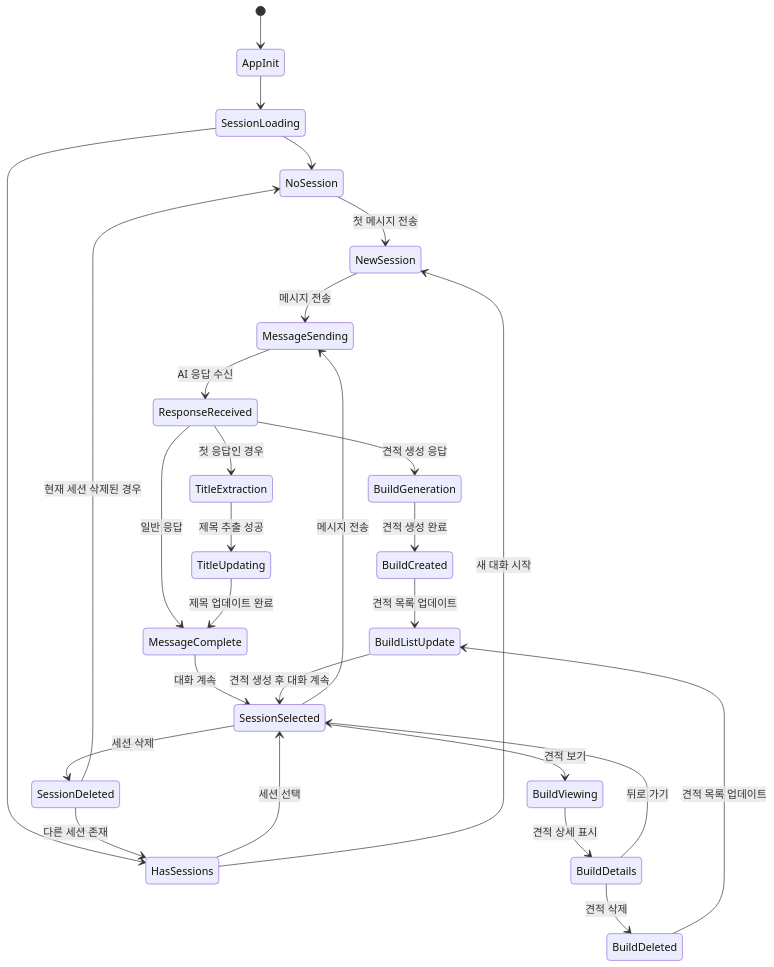
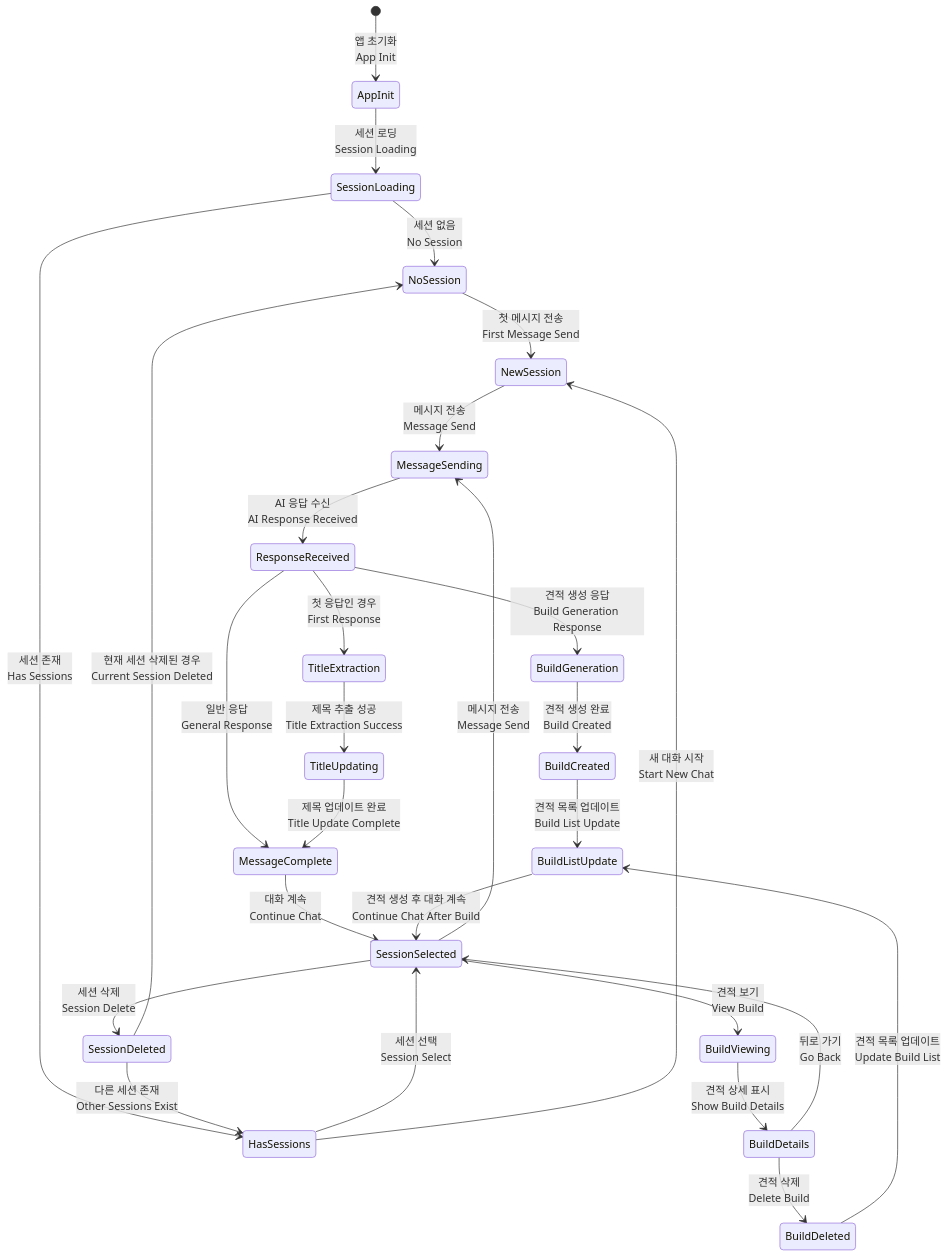
Before and after one commit to p0pular131/askspec-chat-assistant: diagram 13 of 19 in docs/design-specification.md, drawn with Mermaid. The commit also changed other lines of this file and 1 other file, not shown here.

First line of the commit message:
Refactor: Adjust diagram layout for readability

````diff
--- a/docs/design-specification.md
+++ b/docs/design-specification.md
@@ -994,39 +1024,39 @@
 ```mermaid
 stateDiagram-v2
-    [*] --> AppInit
-    AppInit --> SessionLoading
-    SessionLoading --> NoSession
-    SessionLoading --> HasSessions
+    [*] --> AppInit: 앱 초기화<br/>App Init
+    AppInit --> SessionLoading: 세션 로딩<br/>Session Loading
+    SessionLoading --> NoSession: 세션 없음<br/>No Session
+    SessionLoading --> HasSessions: 세션 존재<br/>Has Sessions
     
-    NoSession --> NewSession : 첫 메시지 전송
-    HasSessions --> SessionSelected : 세션 선택
-    HasSessions --> NewSession : 새 대화 시작
+    NoSession --> NewSession : 첫 메시지 전송<br/>First Message Send
+    HasSessions --> SessionSelected : 세션 선택<br/>Session Select
+    HasSessions --> NewSession : 새 대화 시작<br/>Start New Chat
     
-    NewSession --> MessageSending : 메시지 전송
-    SessionSelected --> MessageSending : 메시지 전송
+    NewSession --> MessageSending : 메시지 전송<br/>Message Send
+    SessionSelected --> MessageSending : 메시지 전송<br/>Message Send
     
-    MessageSending --> ResponseReceived : AI 응답 수신
-    ResponseReceived --> BuildGeneration : 견적 생성 응답
-    ResponseReceived --> TitleExtraction : 첫 응답인 경우
-    ResponseReceived --> MessageComplete : 일반 응답
+    MessageSending --> ResponseReceived : AI 응답 수신<br/>AI Response Received
+    ResponseReceived --> BuildGeneration : 견적 생성 응답<br/>Build Generation Response
+    ResponseReceived --> TitleExtraction : 첫 응답인 경우<br/>First Response
+    ResponseReceived --> MessageComplete : 일반 응답<br/>General Response
     
-    BuildGeneration --> BuildCreated : 견적 생성 완료
-    BuildCreated --> BuildListUpdate : 견적 목록 업데이트
+    BuildGeneration --> BuildCreated : 견적 생성 완료<br/>Build Created
+    BuildCreated --> BuildListUpdate : 견적 목록 업데이트<br/>Build List Update
     
-    TitleExtraction --> TitleUpdating : 제목 추출 성공
-    TitleUpdating --> MessageComplete : 제목 업데이트 완료
+    TitleExtraction --> TitleUpdating : 제목 추출 성공<br/>Title Extraction Success
+    TitleUpdating --> MessageComplete : 제목 업데이트 완료<br/>Title Update Complete
     
-    MessageComplete --> SessionSelected : 대화 계속
-    BuildListUpdate --> SessionSelected : 견적 생성 후 대화 계속
+    MessageComplete --> SessionSelected : 대화 계속<br/>Continue Chat
+    BuildListUpdate --> SessionSelected : 견적 생성 후 대화 계속<br/>Continue Chat After Build
     
-    SessionSelected --> SessionDeleted : 세션 삭제
-    SessionSelected --> BuildViewing : 견적 보기
+    SessionSelected --> SessionDeleted : 세션 삭제<br/>Session Delete
+    SessionSelected --> BuildViewing : 견적 보기<br/>View Build
     
-    BuildViewing --> BuildDetails : 견적 상세 표시
-    BuildDetails --> BuildDeleted : 견적 삭제
-    BuildDetails --> SessionSelected : 뒤로 가기
+    BuildViewing --> BuildDetails : 견적 상세 표시<br/>Show Build Details
+    BuildDetails --> BuildDeleted : 견적 삭제<br/>Delete Build
+    BuildDetails --> SessionSelected : 뒤로 가기<br/>Go Back
     
-    BuildDeleted --> BuildListUpdate : 견적 목록 업데이트
-    SessionDeleted --> NoSession : 현재 세션 삭제된 경우
-    SessionDeleted --> HasSessions : 다른 세션 존재
+    BuildDeleted --> BuildListUpdate : 견적 목록 업데이트<br/>Update Build List
+    SessionDeleted --> NoSession : 현재 세션 삭제된 경우<br/>Current Session Deleted
+    SessionDeleted --> HasSessions : 다른 세션 존재<br/>Other Sessions Exist
 ```
````
